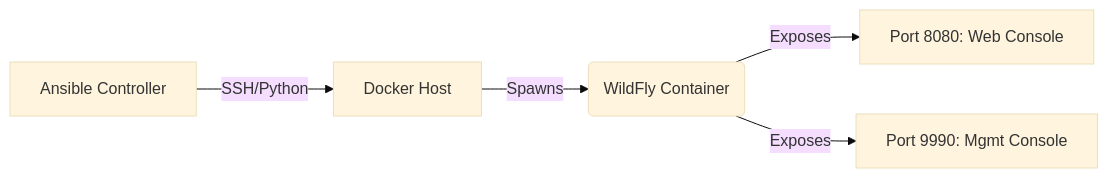
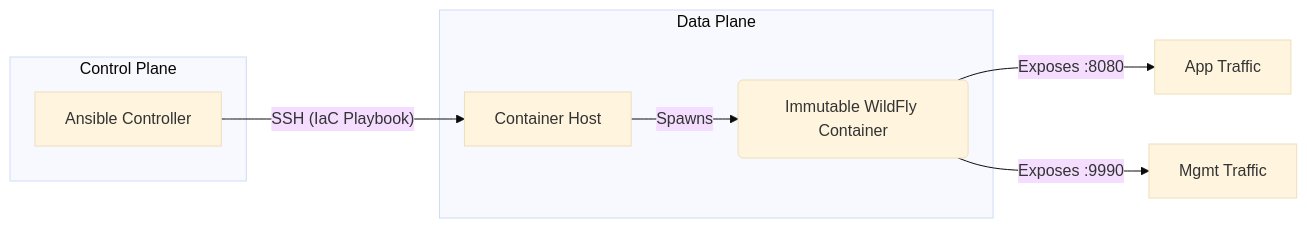
Before and after one commit to daniel-zamo/daniel-zamo.github.io: the diagram in src/content/docs/en/projects/middleware/wildfly-ansible-docker.mdx, drawn with Mermaid (base theme). The commit also changed other lines of this file and 5 other files, not shown here.

Commit message:
re writter artile wildfly-ansible-docker.mdx

````diff
--- a/src/content/docs/en/projects/middleware/wildfly-ansible-docker.mdx
+++ b/src/content/docs/en/projects/middleware/wildfly-ansible-docker.mdx
@@ -30,7 +31,16 @@
 ```mermaid
 graph LR
-    A[Ansible Controller] -- SSH/Python --> B[Docker Host]
-    B -- Spawns --> C(WildFly Container)
-    C -- Exposes --> D[Port 8080: Web Console]
-    C -- Exposes --> E[Port 9990: Mgmt Console]
+    subgraph Control Plane
+    A[Ansible Controller] 
+    end
+    
+    subgraph Data Plane
+    B[Container Host]
+    C(Immutable WildFly Container)
+    end
+
+    A -- "SSH (IaC Playbook)" --> B
+    B -- "Spawns" --> C
+    C -- "Exposes :8080" --> D[App Traffic]
+    C -- "Exposes :9990" --> E[Mgmt Traffic]
 ```
````
